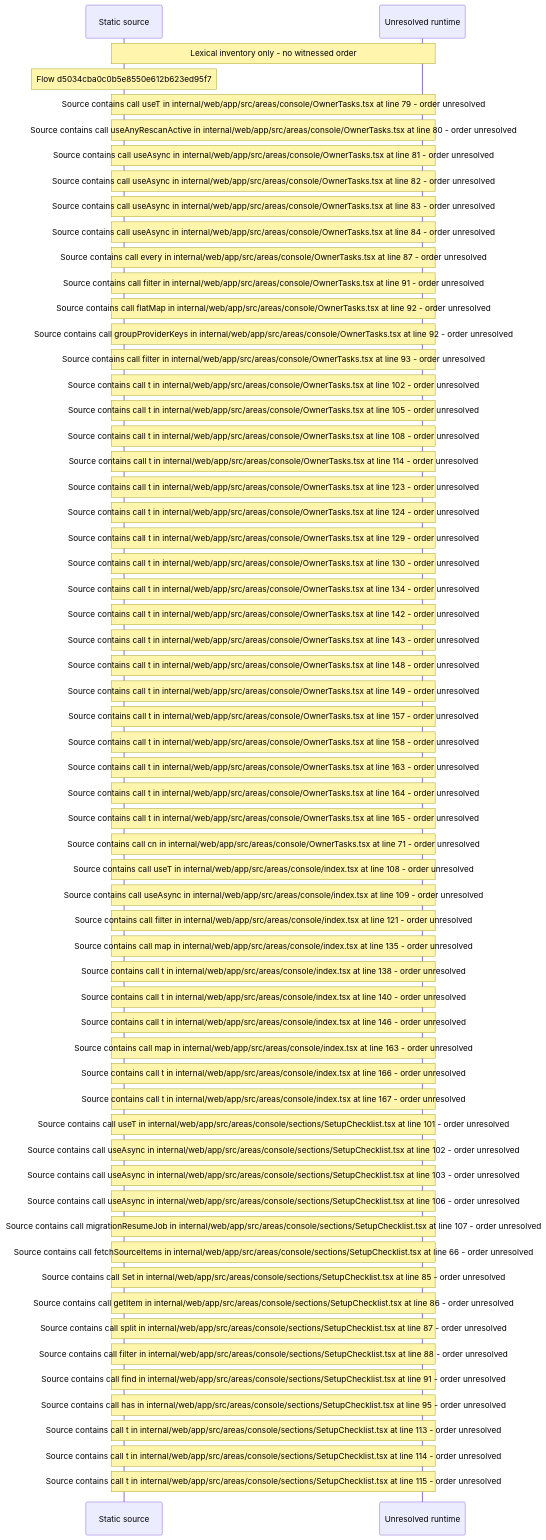
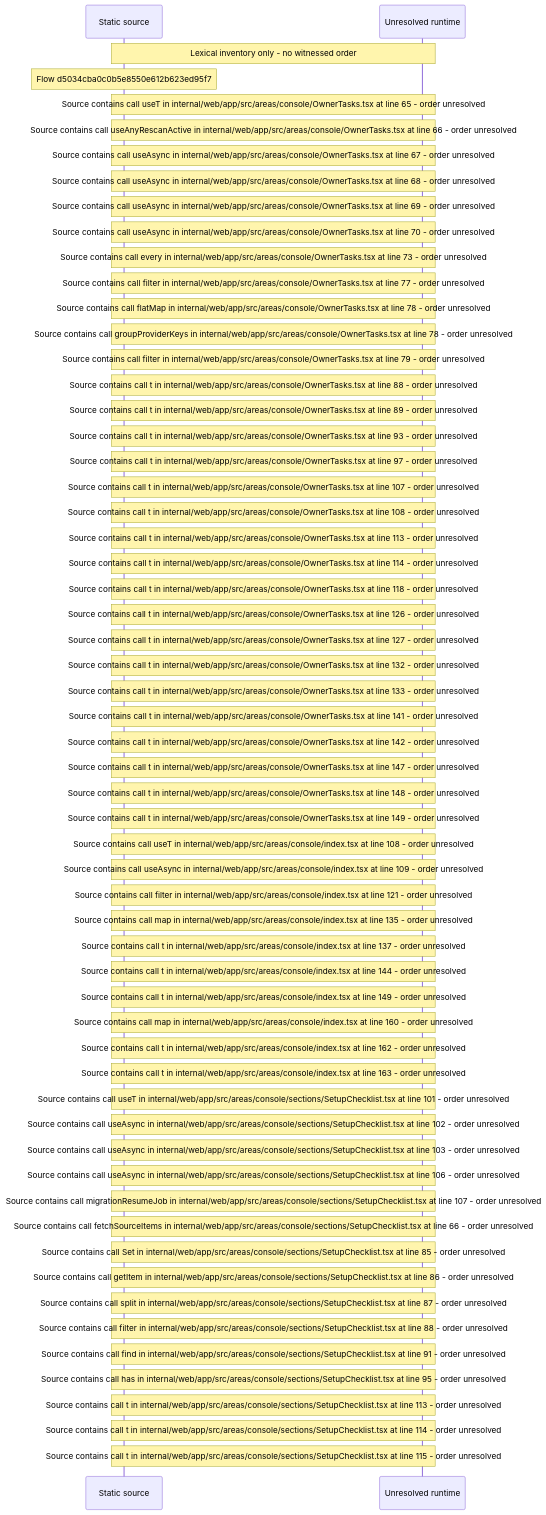
One commit to beamfall/core changed the diagram in docs/web/flows/generated/d5034cba0c0b5e8550e612b623ed95f7/flow-diagram.md. Above: the diagram before and after it, drawn with Mermaid. The commit also changed other lines of this file and 715 other files, not shown here.

First line of the commit message:
Regenerate the web flow record on main after CORE-1117

````diff
--- a/docs/web/flows/generated/d5034cba0c0b5e8550e612b623ed95f7/flow-diagram.md
+++ b/docs/web/flows/generated/d5034cba0c0b5e8550e612b623ed95f7/flow-diagram.md
@@ -10,62 +10,61 @@
 ```mermaid
 sequenceDiagram
     participant S as Static source
     participant U as Unresolved runtime
     Note over S,U: Lexical inventory only - no witnessed order
     Note over S: Flow d5034cba0c0b5e8550e612b623ed95f7
-    Note over S,U: Source contains call useT in internal/web/app/src/areas/console/OwnerTasks.tsx at line 79 - order unresolved
-    Note over S,U: Source contains call useAnyRescanActive in internal/web/app/src/areas/console/OwnerTasks.tsx at line 80 - order unresolved
-    Note over S,U: Source contains call useAsync in internal/web/app/src/areas/console/OwnerTasks.tsx at line 81 - order unresolved
-    Note over S,U: Source contains call useAsync in internal/web/app/src/areas/console/OwnerTasks.tsx at line 82 - order unresolved
-    Note over S,U: Source contains call useAsync in internal/web/app/src/areas/console/OwnerTasks.tsx at line 83 - order unresolved
-    Note over S,U: Source contains call useAsync in internal/web/app/src/areas/console/OwnerTasks.tsx at line 84 - order unresolved
-    Note over S,U: Source contains call every in internal/web/app/src/areas/console/OwnerTasks.tsx at line 87 - order unresolved
-    Note over S,U: Source contains call filter in internal/web/app/src/areas/console/OwnerTasks.tsx at line 91 - order unresolved
-    Note over S,U: Source contains call flatMap in internal/web/app/src/areas/console/OwnerTasks.tsx at line 92 - order unresolved
-    Note over S,U: Source contains call groupProviderKeys in internal/web/app/src/areas/console/OwnerTasks.tsx at line 92 - order unresolved
-    Note over S,U: Source contains call filter in internal/web/app/src/areas/console/OwnerTasks.tsx at line 93 - order unresolved
-    Note over S,U: Source contains call t in internal/web/app/src/areas/console/OwnerTasks.tsx at line 102 - order unresolved
-    Note over S,U: Source contains call t in internal/web/app/src/areas/console/OwnerTasks.tsx at line 105 - order unresolved
+    Note over S,U: Source contains call useT in internal/web/app/src/areas/console/OwnerTasks.tsx at line 65 - order unresolved
+    Note over S,U: Source contains call useAnyRescanActive in internal/web/app/src/areas/console/OwnerTasks.tsx at line 66 - order unresolved
+    Note over S,U: Source contains call useAsync in internal/web/app/src/areas/console/OwnerTasks.tsx at line 67 - order unresolved
+    Note over S,U: Source contains call useAsync in internal/web/app/src/areas/console/OwnerTasks.tsx at line 68 - order unresolved
+    Note over S,U: Source contains call useAsync in internal/web/app/src/areas/console/OwnerTasks.tsx at line 69 - order unresolved
+    Note over S,U: Source contains call useAsync in internal/web/app/src/areas/console/OwnerTasks.tsx at line 70 - order unresolved
+    Note over S,U: Source contains call every in internal/web/app/src/areas/console/OwnerTasks.tsx at line 73 - order unresolved
+    Note over S,U: Source contains call filter in internal/web/app/src/areas/console/OwnerTasks.tsx at line 77 - order unresolved
+    Note over S,U: Source contains call flatMap in internal/web/app/src/areas/console/OwnerTasks.tsx at line 78 - order unresolved
+    Note over S,U: Source contains call groupProviderKeys in internal/web/app/src/areas/console/OwnerTasks.tsx at line 78 - order unresolved
+    Note over S,U: Source contains call filter in internal/web/app/src/areas/console/OwnerTasks.tsx at line 79 - order unresolved
+    Note over S,U: Source contains call t in internal/web/app/src/areas/console/OwnerTasks.tsx at line 88 - order unresolved
+    Note over S,U: Source contains call t in internal/web/app/src/areas/console/OwnerTasks.tsx at line 89 - order unresolved
+    Note over S,U: Source contains call t in internal/web/app/src/areas/console/OwnerTasks.tsx at line 93 - order unresolved
+    Note over S,U: Source contains call t in internal/web/app/src/areas/console/OwnerTasks.tsx at line 97 - order unresolved
+    Note over S,U: Source contains call t in internal/web/app/src/areas/console/OwnerTasks.tsx at line 107 - order unresolved
     Note over S,U: Source contains call t in internal/web/app/src/areas/console/OwnerTasks.tsx at line 108 - order unresolved
+    Note over S,U: Source contains call t in internal/web/app/src/areas/console/OwnerTasks.tsx at line 113 - order unresolved
     Note over S,U: Source contains call t in internal/web/app/src/areas/console/OwnerTasks.tsx at line 114 - order unresolved
-    Note over S,U: Source contains call t in internal/web/app/src/areas/console/OwnerTasks.tsx at line 123 - order unresolved
-    Note over S,U: Source contains call t in internal/web/app/src/areas/console/OwnerTasks.tsx at line 124 - order unresolved
-    Note over S,U: Source contains call t in internal/web/app/src/areas/console/OwnerTasks.tsx at line 129 - order unresolved
-    Note over S,U: Source contains call t in internal/web/app/src/areas/console/OwnerTasks.tsx at line 130 - order unresolved
-    Note over S,U: Source contains call t in internal/web/app/src/areas/console/OwnerTasks.tsx at line 134 - order unresolved
+    Note over S,U: Source contains call t in internal/web/app/src/areas/console/OwnerTasks.tsx at line 118 - order unresolved
+    Note over S,U: Source contains call t in internal/web/app/src/areas/console/OwnerTasks.tsx at line 126 - order unresolved
+    Note over S,U: Source contains call t in internal/web/app/src/areas/console/OwnerTasks.tsx at line 127 - order unresolved
+    Note over S,U: Source contains call t in internal/web/app/src/areas/console/OwnerTasks.tsx at line 132 - order unresolved
+    Note over S,U: Source contains call t in internal/web/app/src/areas/console/OwnerTasks.tsx at line 133 - order unresolved
+    Note over S,U: Source contains call t in internal/web/app/src/areas/console/OwnerTasks.tsx at line 141 - order unresolved
     Note over S,U: Source contains call t in internal/web/app/src/areas/console/OwnerTasks.tsx at line 142 - order unresolved
-    Note over S,U: Source contains call t in internal/web/app/src/areas/console/OwnerTasks.tsx at line 143 - order unresolved
+    Note over S,U: Source contains call t in internal/web/app/src/areas/console/OwnerTasks.tsx at line 147 - order unresolved
     Note over S,U: Source contains call t in internal/web/app/src/areas/console/OwnerTasks.tsx at line 148 - order unresolved
     Note over S,U: Source contains call t in internal/web/app/src/areas/console/OwnerTasks.tsx at line 149 - order unresolved
-    Note over S,U: Source contains call t in internal/web/app/src/areas/console/OwnerTasks.tsx at line 157 - order unresolved
-    Note over S,U: Source contains call t in internal/web/app/src/areas/console/OwnerTasks.tsx at line 158 - order unresolved
-    Note over S,U: Source contains call t in internal/web/app/src/areas/console/OwnerTasks.tsx at line 163 - order unresolved
-    Note over S,U: Source contains call t in internal/web/app/src/areas/console/OwnerTasks.tsx at line 164 - order unresolved
-    Note over S,U: Source contains call t in internal/web/app/src/areas/console/OwnerTasks.tsx at line 165 - order unresolved
-    Note over S,U: Source contains call cn in internal/web/app/src/areas/console/OwnerTasks.tsx at line 71 - order unresolved
     Note over S,U: Source contains call useT in internal/web/app/src/areas/console/index.tsx at line 108 - order unresolved
     Note over S,U: Source contains call useAsync in internal/web/app/src/areas/console/index.tsx at line 109 - order unresolved
     Note over S,U: Source contains call filter in internal/web/app/src/areas/console/index.tsx at line 121 - order unresolved
     Note over S,U: Source contains call map in internal/web/app/src/areas/console/index.tsx at line 135 - order unresolved
-    Note over S,U: Source contains call t in internal/web/app/src/areas/console/index.tsx at line 138 - order unresolved
-    Note over S,U: Source contains call t in internal/web/app/src/areas/console/index.tsx at line 140 - order unresolved
-    Note over S,U: Source contains call t in internal/web/app/src/areas/console/index.tsx at line 146 - order unresolved
-    Note over S,U: Source contains call map in internal/web/app/src/areas/console/index.tsx at line 163 - order unresolved
-    Note over S,U: Source contains call t in internal/web/app/src/areas/console/index.tsx at line 166 - order unresolved
-    Note over S,U: Source contains call t in internal/web/app/src/areas/console/index.tsx at line 167 - order unresolved
+    Note over S,U: Source contains call t in internal/web/app/src/areas/console/index.tsx at line 137 - order unresolved
+    Note over S,U: Source contains call t in internal/web/app/src/areas/console/index.tsx at line 144 - order unresolved
+    Note over S,U: Source contains call t in internal/web/app/src/areas/console/index.tsx at line 149 - order unresolved
+    Note over S,U: Source contains call map in internal/web/app/src/areas/console/index.tsx at line 160 - order unresolved
+    Note over S,U: Source contains call t in internal/web/app/src/areas/console/index.tsx at line 162 - order unresolved
+    Note over S,U: Source contains call t in internal/web/app/src/areas/console/index.tsx at line 163 - order unresolved
     Note over S,U: Source contains call useT in internal/web/app/src/areas/console/sections/SetupChecklist.tsx at line 101 - order unresolved
     Note over S,U: Source contains call useAsync in internal/web/app/src/areas/console/sections/SetupChecklist.tsx at line 102 - order unresolved
     Note over S,U: Source contains call useAsync in internal/web/app/src/areas/console/sections/SetupChecklist.tsx at line 103 - order unresolved
     Note over S,U: Source contains call useAsync in internal/web/app/src/areas/console/sections/SetupChecklist.tsx at line 106 - order unresolved
     Note over S,U: Source contains call migrationResumeJob in internal/web/app/src/areas/console/sections/SetupChecklist.tsx at line 107 - order unresolved
     Note over S,U: Source contains call fetchSourceItems in internal/web/app/src/areas/console/sections/SetupChecklist.tsx at line 66 - order unresolved
     Note over S,U: Source contains call Set in internal/web/app/src/areas/console/sections/SetupChecklist.tsx at line 85 - order unresolved
     Note over S,U: Source contains call getItem in internal/web/app/src/areas/console/sections/SetupChecklist.tsx at line 86 - order unresolved
     Note over S,U: Source contains call split in internal/web/app/src/areas/console/sections/SetupChecklist.tsx at line 87 - order unresolved
     Note over S,U: Source contains call filter in internal/web/app/src/areas/console/sections/SetupChecklist.tsx at line 88 - order unresolved
     Note over S,U: Source contains call find in internal/web/app/src/areas/console/sections/SetupChecklist.tsx at line 91 - order unresolved
     Note over S,U: Source contains call has in internal/web/app/src/areas/console/sections/SetupChecklist.tsx at line 95 - order unresolved
     Note over S,U: Source contains call t in internal/web/app/src/areas/console/sections/SetupChecklist.tsx at line 113 - order unresolved
     Note over S,U: Source contains call t in internal/web/app/src/areas/console/sections/SetupChecklist.tsx at line 114 - order unresolved
     Note over S,U: Source contains call t in internal/web/app/src/areas/console/sections/SetupChecklist.tsx at line 115 - order unresolved
 ```
````
